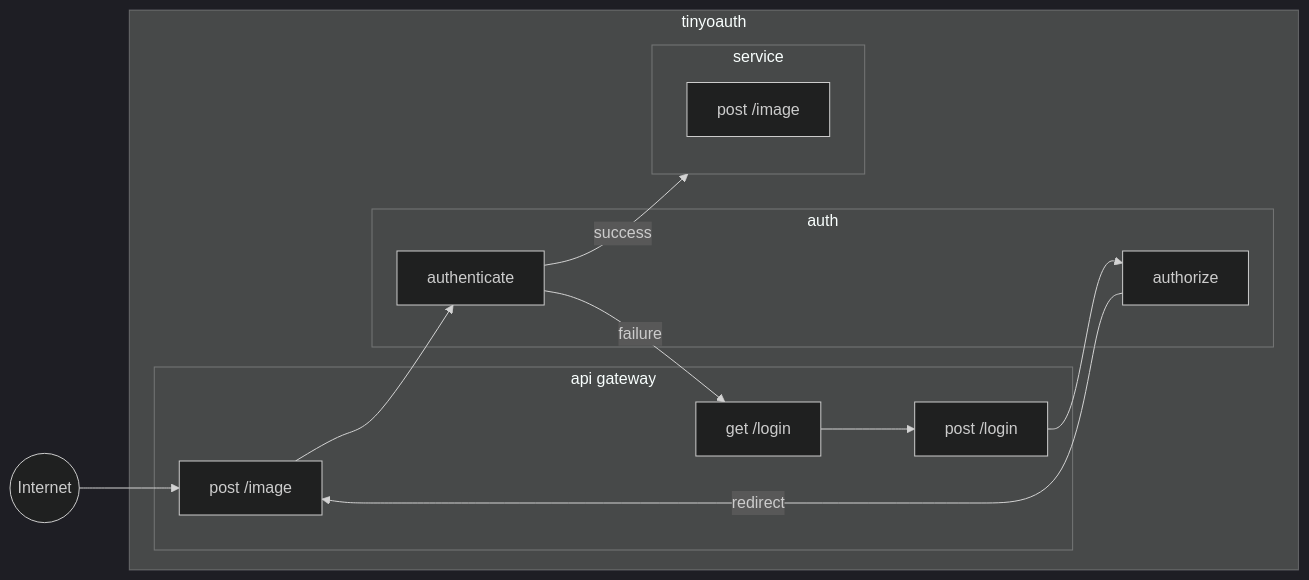
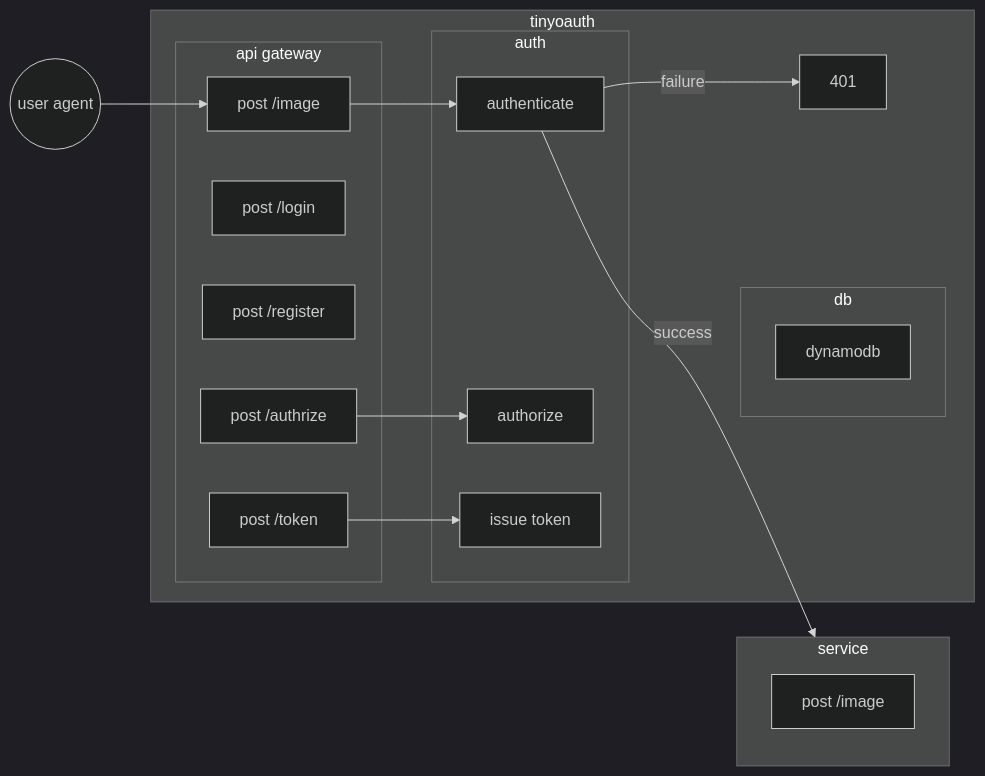
One commit to DevecorSoft/tinyoauth changed the diagram in README.md. Above: the diagram before and after it, drawn with Mermaid (dark theme). The commit also changed 7 other files, not shown here.

````diff
--- a/README.md
+++ b/README.md
@@ -9,26 +9,37 @@
 ```mermaid
 flowchart LR
   subgraph tinyoauth
+
     subgraph gateway[api gateway]
       post_image_api[post /image]
-      get_login_api[get /login]
       post_login_api[post /login]
+      post_register_api[post /register]
+      post_authorize_api[post /authrize]
+      post_token_api[post /token]
     end
 
     subgraph auth
       authenticate
       authorize
+      issue_token[issue token]
+    end
+
+    subgraph db
+      dynamodb
     end
 
     post_image_api --> authenticate
-    authenticate -- success --> service
-    authenticate -- failure --> get_login_api --> post_login_api --> authorize  -- "redirect" --> post_image_api
+    authenticate -- failure --> 401
+
+    post_authorize_api --> authorize
+    post_token_api --> issue_token
 
   end
 
   subgraph service
     service_api[post /image]
   end
 
-  internet((Internet)) --> post_image_api
+  authenticate -- success --> service
+  user_agent((user agent)) --> post_image_api
 ```
````
